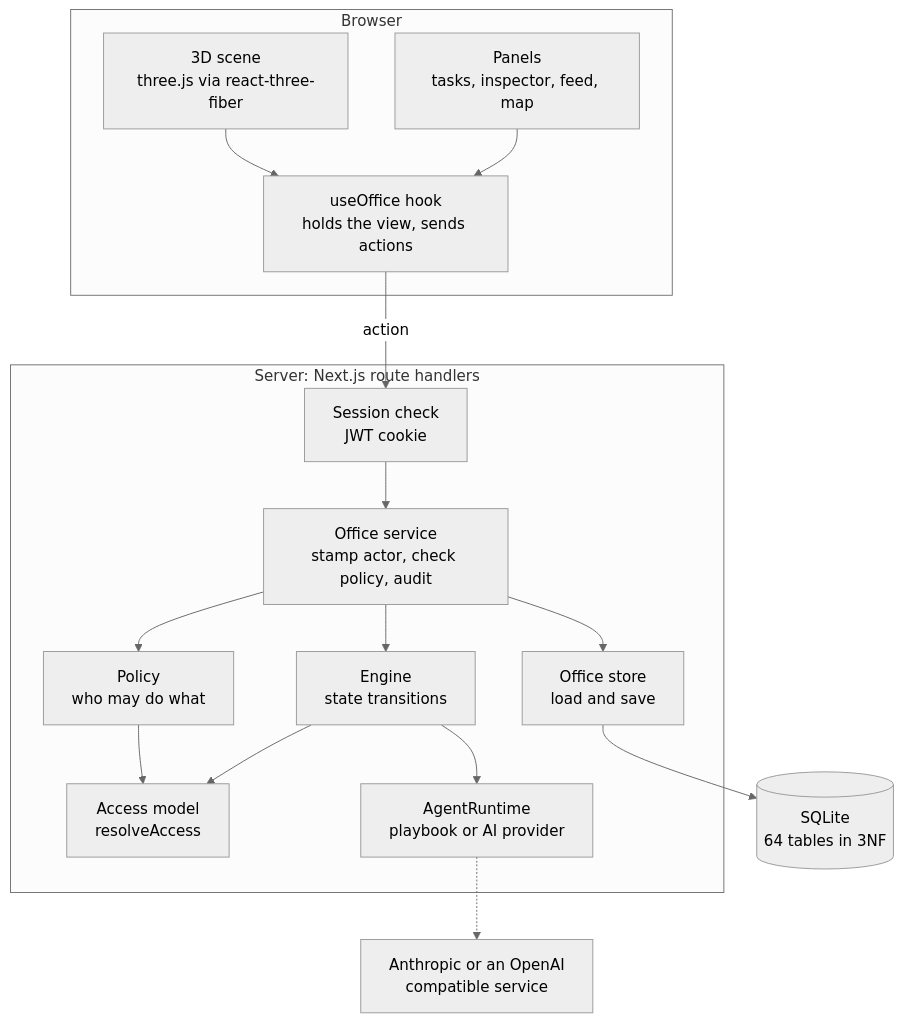
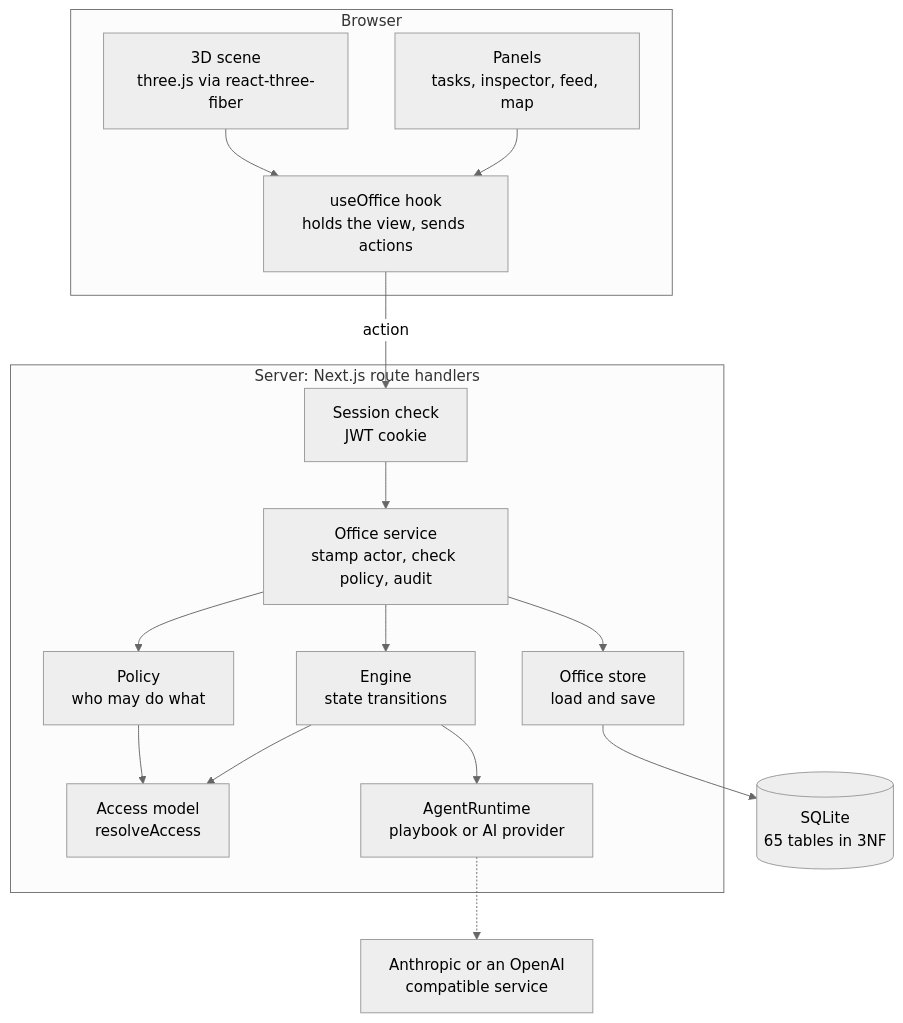
Before and after one commit to seyitgkc/ai-virtual-office: the first of 16 diagrams in README.md, drawn with Mermaid (neutral theme). The commit also changed other lines of this file, not shown here.

````diff
--- a/README.md
+++ b/README.md
@@ -637,34 +660,34 @@
 ```mermaid
 flowchart TB
   subgraph Browser
     scene["3D scene<br/>three.js via react-three-fiber"]
     panels["Panels<br/>tasks, inspector, feed, map"]
     hook["useOffice hook<br/>holds the view, sends actions"]
     scene --> hook
     panels --> hook
   end
 
   subgraph Server["Server: Next.js route handlers"]
     http["Session check<br/>JWT cookie"]
     service["Office service<br/>stamp actor, check policy, audit"]
     policy["Policy<br/>who may do what"]
     engine["Engine<br/>state transitions"]
     access["Access model<br/>resolveAccess"]
     runtime["AgentRuntime<br/>playbook or AI provider"]
     store["Office store<br/>load and save"]
   end
 
-  db[("SQLite<br/>64 tables in 3NF")]
+  db[("SQLite<br/>65 tables in 3NF")]
   llm["Anthropic or an OpenAI<br/>compatible service"]
 
   hook -->|"action"| http
   http --> service
   service --> policy
   service --> engine
   policy --> access
   engine --> access
   engine --> runtime
   runtime -.-> llm
   service --> store
   store --> db
 ```
````
